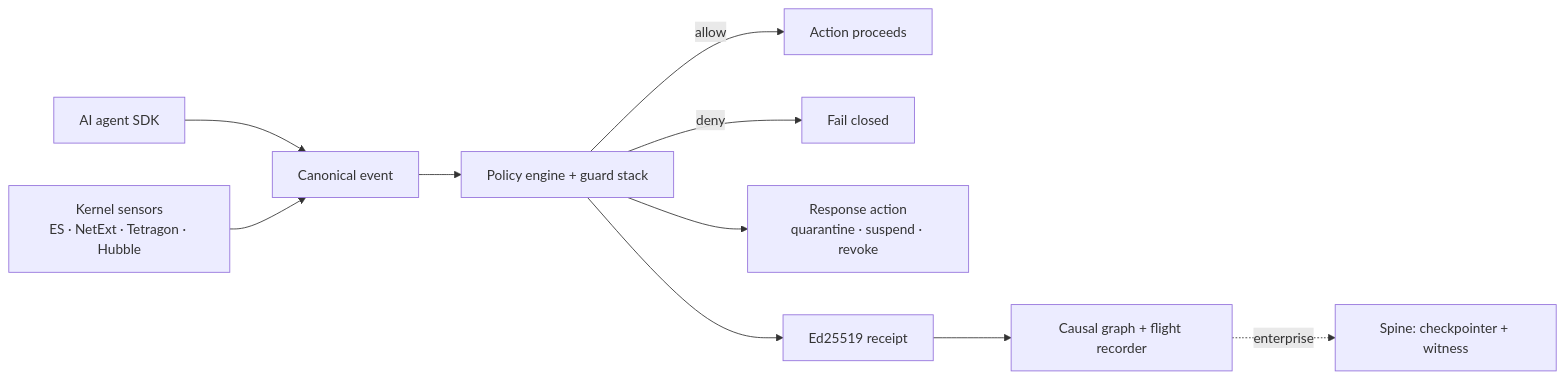
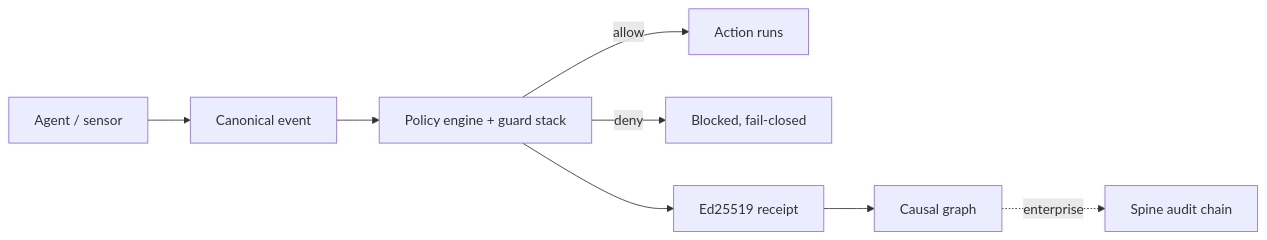
Before and after one commit to backbay-labs/clawdstrike: the diagram in README.md, drawn with Mermaid. The commit also changed other lines of this file, not shown here.

````diff
--- a/README.md
+++ b/README.md
@@ -167,12 +127,10 @@
 ```mermaid
 flowchart LR
-    A[AI agent SDK] --> N
-    K[Kernel sensors<br/>ES · NetExt · Tetragon · Hubble] --> N
-    N[Canonical event] --> P[Policy engine + guard stack]
-    P -->|allow| T[Action proceeds]
-    P -->|deny| B[Fail closed]
-    P --> R[Response action<br/>quarantine · suspend · revoke]
-    P --> F[Ed25519 receipt]
-    F --> G[Causal graph + flight recorder]
-    G -.->|enterprise| S[Spine: checkpointer + witness]
+    A[Agent / sensor] --> B[Canonical event]
+    B --> C[Policy engine + guard stack]
+    C -->|allow| D[Action runs]
+    C -->|deny| E[Blocked, fail-closed]
+    C --> F[Ed25519 receipt]
+    F --> G[Causal graph]
+    G -.->|enterprise| H[Spine audit chain]
 ```
````
